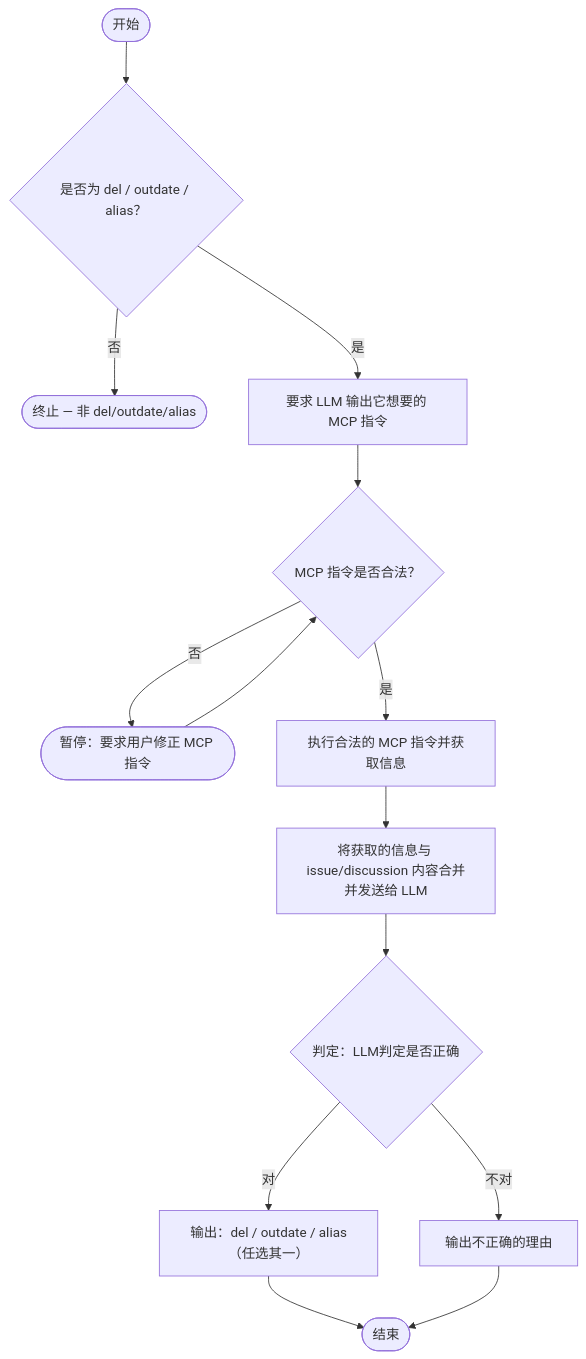
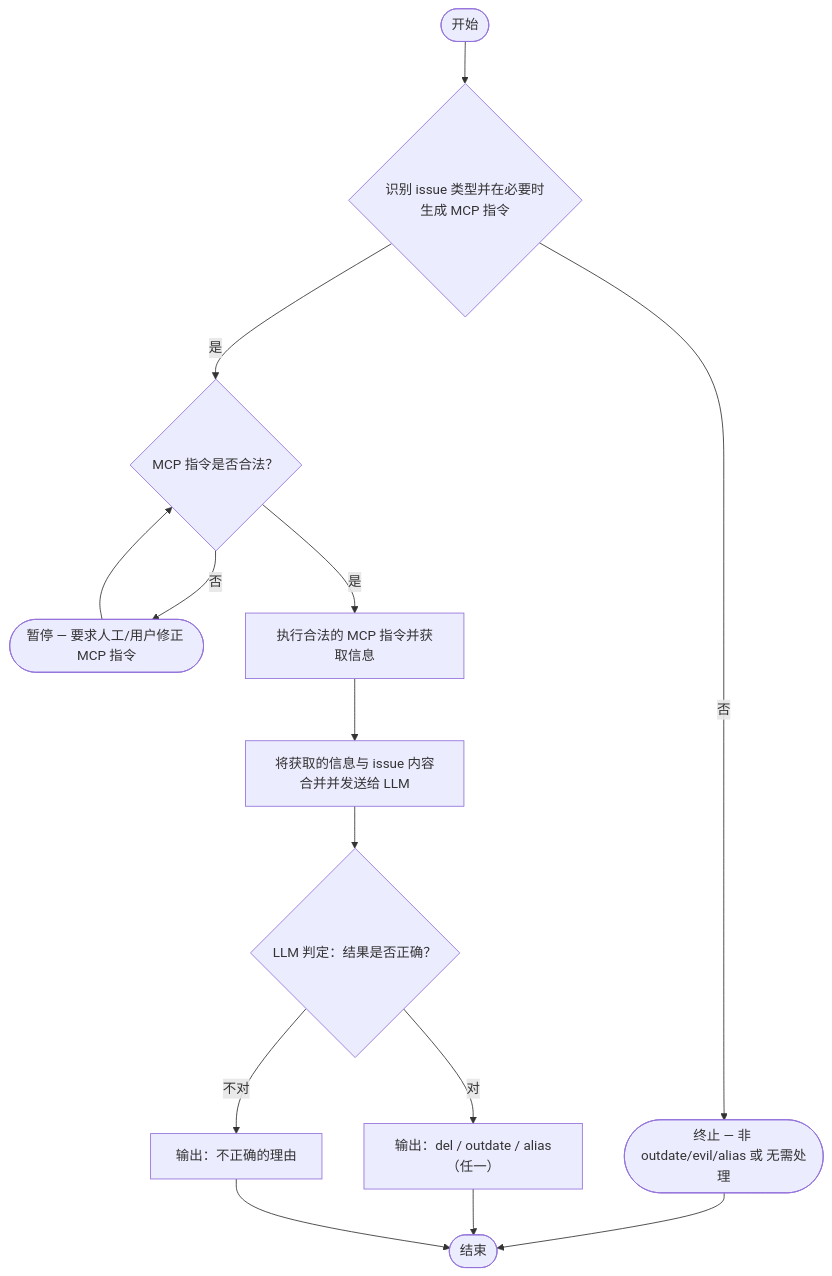
Before and after one commit to kaixinol/issue-auth-tool: the diagram in README.md, drawn with Mermaid. The commit also changed other lines of this file and 9 other files, not shown here.

````diff
--- a/README.md
+++ b/README.md
@@ -36,33 +59,25 @@
 ```mermaid
 
 
 flowchart TD
   Start([开始])
-  CheckType{是否为 del / outdate / alias？}
-  %% type.json
-  Terminate([终止 — 非 del/outdate/alias])
-  AskLLM[要求 LLM 输出它想要的 MCP 指令]
+  DetectAndRequest{识别 issue 类型并在必要时生成 MCP 指令}
+  Terminate([终止 — 非 outdate/evil/alias 或 无需处理])
   Validate{MCP 指令是否合法？}
-  %% mcp.json
-  Pause([暂停：要求用户修正 MCP 指令])
+  Pause([暂停 — 要求人工/用户修正 MCP 指令])
   Execute[执行合法的 MCP 指令并获取信息]
-  Merge[将获取的信息与 issue/discussion 内容合并并发送给 LLM]
-  Judge{判定：LLM判定是否正确}
-  %% judgement.json
-  OutputDecision[输出：del / outdate / alias（任选其一）]
-  OutputReason[输出不正确的理由]
+  Merge[将获取的信息与 issue 内容合并并发送给 LLM]
+  Judge{LLM 判定：结果是否正确？}
+  OutputDecision[输出：del / outdate / alias（任一）]
+  OutputReason[输出：不正确的理由]
   End([结束])
 
-  Start --> CheckType
-  CheckType -- 否 --> Terminate
-  CheckType -- 是 --> AskLLM
-  AskLLM --> Validate
-  Validate -- 否 --> Pause
-  Pause --> Validate
-  Validate -- 是 --> Execute
-  Execute --> Merge
-  Merge --> Judge
+  Start --> DetectAndRequest
+  DetectAndRequest -- 否 --> Terminate --> End
+  DetectAndRequest -- 是 --> Validate
+  Validate -- 否 --> Pause --> Validate
+  Validate -- 是 --> Execute --> Merge --> Judge
   Judge -- 对 --> OutputDecision --> End
   Judge -- 不对 --> OutputReason --> End
 
 ```
````
